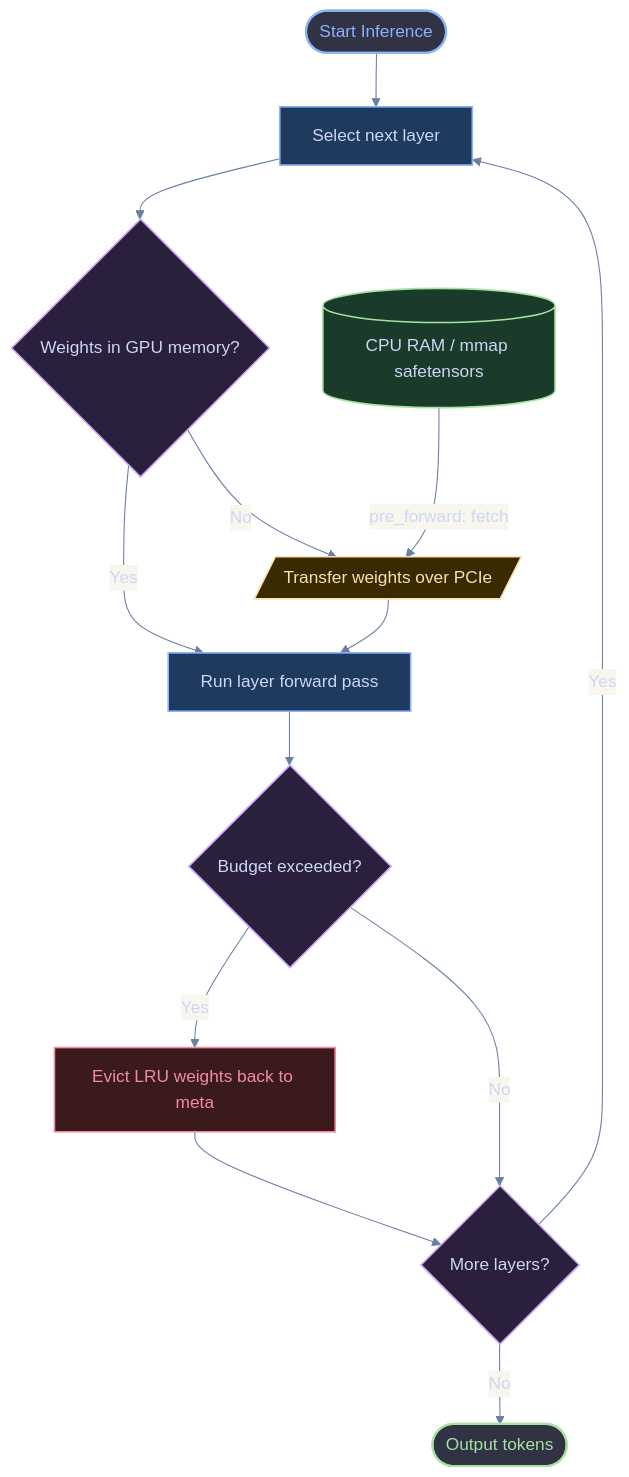
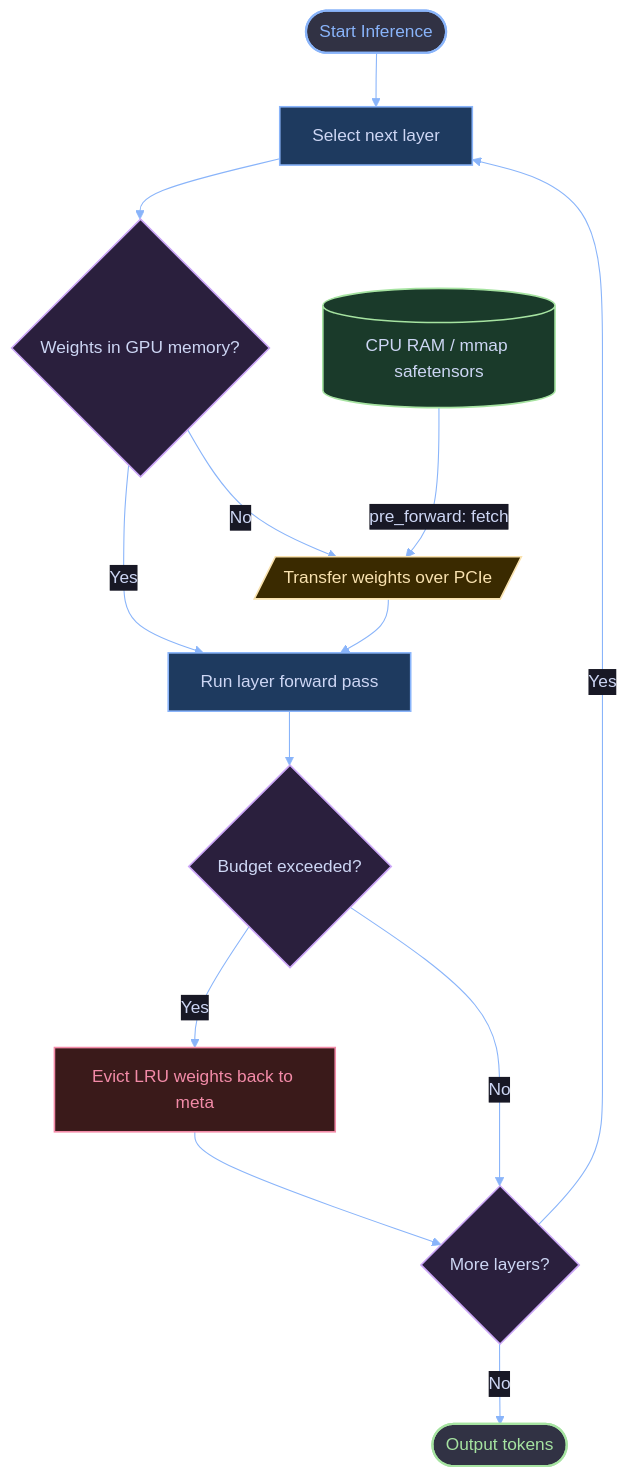
The diagram in src/blogs/llmoptimizations/offload-chart.mmd (Pranshu258/Pranshu258.github.io), drawn with Mermaid before and after one commit. The commit also changed 3 other files, not shown here.

Commit message:
updated diagram

```diff
--- a/src/blogs/llmoptimizations/offload-chart.mmd
+++ b/src/blogs/llmoptimizations/offload-chart.mmd
@@ -1,22 +1,22 @@
-%%{init: {"theme": "base", "themeVariables": {"primaryColor": "#1e1e2e", "primaryTextColor": "#cdd6f4", "primaryBorderColor": "#45475a", "lineColor": "#6b7fa3", "secondaryColor": "#181825", "tertiaryColor": "#1e1e2e", "background": "#f9f6ee", "mainBkg": "#1e1e2e", "nodeBorder": "#45475a", "clusterBkg": "#181825", "titleColor": "#cdd6f4", "edgeLabelBackground": "#f9f6ee"}}}%%
+%%{init: {"theme": "base", "themeVariables": {"primaryColor": "#1e1e2e", "primaryTextColor": "#cdd6f4", "primaryBorderColor": "#45475a", "lineColor": "#89b4fa", "secondaryColor": "#181825", "tertiaryColor": "#1e1e2e", "background": "#181825", "mainBkg": "#1e1e2e", "nodeBorder": "#45475a", "clusterBkg": "#181825", "titleColor": "#cdd6f4", "edgeLabelBackground": "#181825", "edgeLabelColor": "#cdd6f4"}}}%%
 flowchart TD
     A(["Start Inference"]):::start --> B[Select next layer]:::gpu
     B --> C{"Weights in GPU memory?"}:::decision
     C -- Yes --> E["Run layer forward pass"]:::gpu
     C -- No --> F[/Transfer weights over PCIe/]:::transfer
     D[("CPU RAM / mmap safetensors")]:::cpu
     D -- pre_forward: fetch --> F
     F --> E
     E --> G{"Budget exceeded?"}:::decision
     G -- Yes --> H["Evict LRU weights back to meta"]:::evict
     H --> I{"More layers?"}:::decision
     G -- No --> I
     I -- Yes --> B
     I -- No --> J(["Output tokens"]):::finish
     classDef start    fill:#313244,stroke:#89b4fa,color:#89b4fa,stroke-width:2px
     classDef finish   fill:#313244,stroke:#a6e3a1,color:#a6e3a1,stroke-width:2px
     classDef gpu      fill:#1e3a5f,stroke:#89b4fa,color:#cdd6f4,stroke-width:1.5px
     classDef cpu      fill:#1a3a2a,stroke:#a6e3a1,color:#cdd6f4,stroke-width:1.5px
     classDef transfer fill:#3a2a00,stroke:#f9e2af,color:#f9e2af,stroke-width:1.5px
     classDef evict    fill:#3a1a1a,stroke:#f38ba8,color:#f38ba8,stroke-width:1.5px
     classDef decision fill:#2a1f3d,stroke:#cba6f7,color:#cdd6f4,stroke-width:1.5px
```
